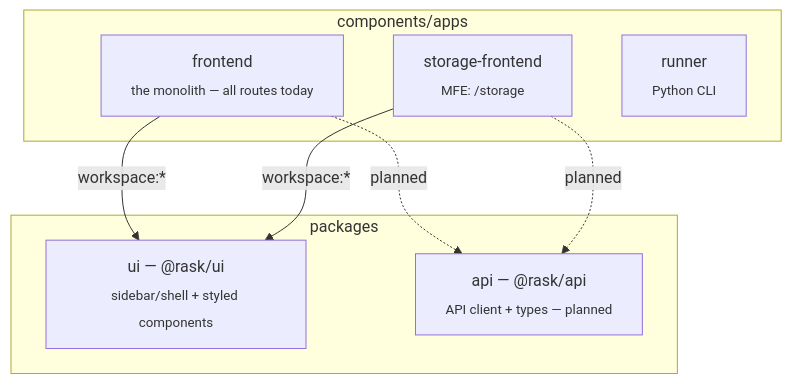
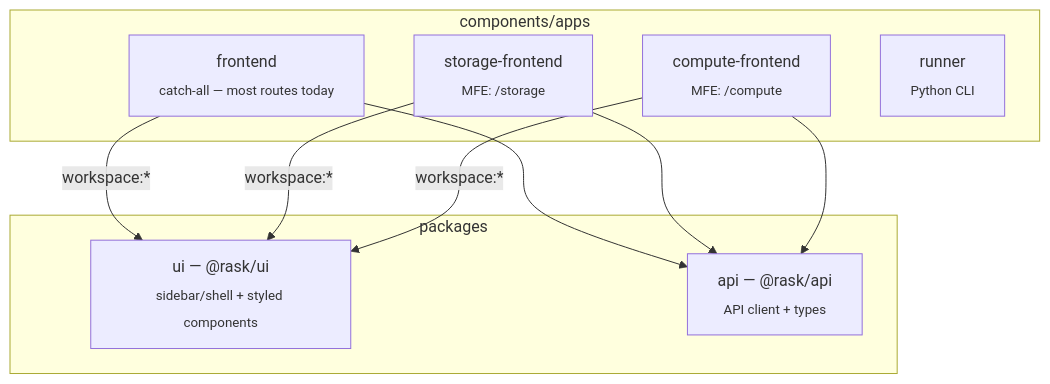
Before and after one commit to AI-Riksarkivet/rask: the third of 5 diagrams in docs/architecture/frontend-microfrontends.md, drawn with Mermaid. The commit also changed other lines of this file and 20 other files, not shown here.

First line of the commit message:
docs: correct frontend/services docs after viewer-dissolve + MFE migration

````diff
--- a/docs/architecture/frontend-microfrontends.md
+++ b/docs/architecture/frontend-microfrontends.md
@@ -69,16 +69,19 @@
 ```mermaid
 graph TD
   subgraph ca["components/apps"]
-    F[frontend<br/><sub>the monolith — all routes today</sub>]
+    F[frontend<br/><sub>catch-all — most routes today</sub>]
     SF[storage-frontend<br/><sub>MFE: /storage</sub>]
+    CF[compute-frontend<br/><sub>MFE: /compute</sub>]
     R[runner<br/><sub>Python CLI</sub>]
   end
   subgraph pk["packages"]
     UI[ui — @rask/ui<br/><sub>sidebar/shell + styled components</sub>]
-    API[api — @rask/api<br/><sub>API client + types — planned</sub>]
+    API[api — @rask/api<br/><sub>API client + types</sub>]
   end
   F -->|workspace:*| UI
   SF -->|workspace:*| UI
-  F -.planned.-> API
-  SF -.planned.-> API
+  CF -->|workspace:*| UI
+  F --> API
+  SF --> API
+  CF --> API
 ```
````
